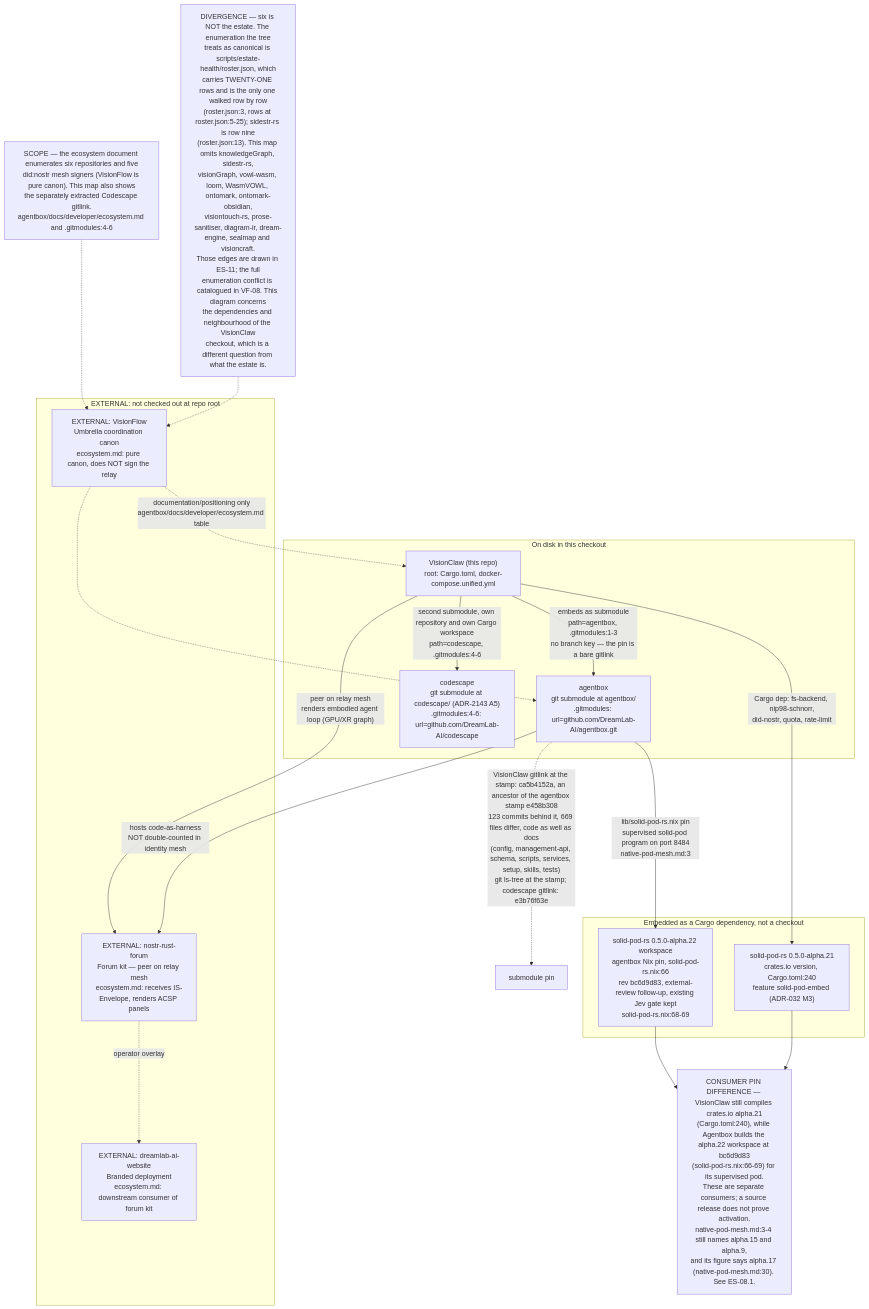
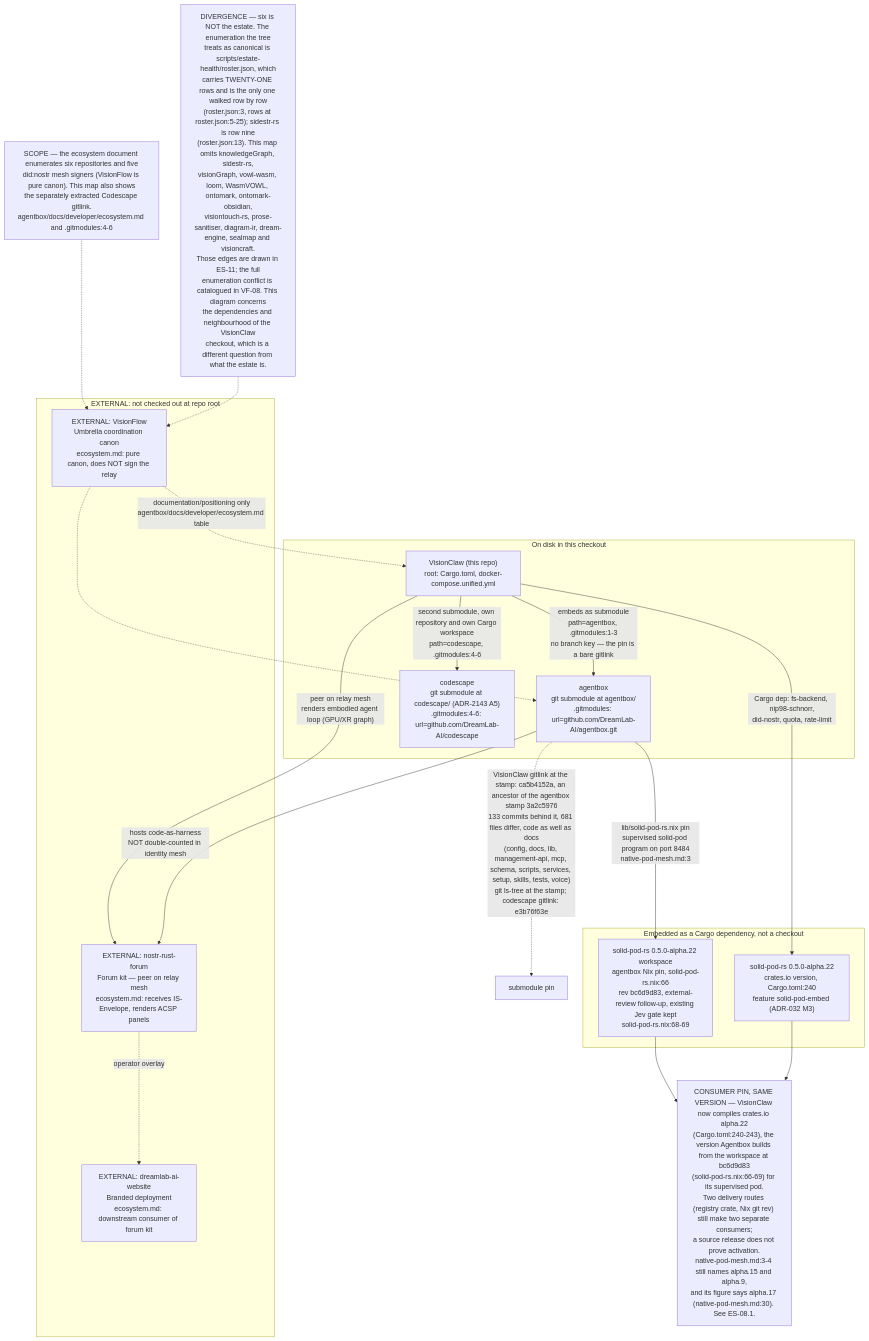
One commit to DreamLab-AI/VisionFlow changed the first of 8 diagrams in docs/diagrams/estate/01-estate-topology.md. Above: the diagram before and after it, drawn with Mermaid. The commit also changed other lines of this file and 70 other files, not shown here.

First line of the commit message:
docs(diagrams): re-verify 69 topics at current default-branch heads

````diff
--- a/docs/diagrams/estate/01-estate-topology.md
+++ b/docs/diagrams/estate/01-estate-topology.md
@@ -64,38 +64,38 @@
 ```mermaid
 flowchart TB
     subgraph ONDISK["On disk in this checkout"]
         VC["VisionClaw (this repo)<br/>root: Cargo.toml, docker-compose.unified.yml"]
         AB["agentbox<br/>git submodule at agentbox/<br/>.gitmodules: url=github.com/DreamLab-AI/agentbox.git"]
         CS["codescape<br/>git submodule at codescape/ (ADR-2143 A5)<br/>.gitmodules:4-6: url=github.com/DreamLab-AI/codescape"]
     end
     VC -->|"embeds as submodule<br/>path=agentbox, .gitmodules:1-3<br/>no branch key — the pin is a bare gitlink"| AB
     VC -->|"second submodule, own repository and own Cargo workspace<br/>path=codescape, .gitmodules:4-6"| CS
-    AB -.->|"VisionClaw gitlink at the stamp: ca5b4152a, an ancestor of the agentbox stamp e458b308<br/>123 commits behind it, 669 files differ, code as well as docs<br/>(config, management-api, schema, scripts, services, setup, skills, tests)<br/>git ls-tree at the stamp; codescape gitlink: e3b76f63e"| ABPIN["submodule pin"]
+    AB -.->|"VisionClaw gitlink at the stamp: ca5b4152a, an ancestor of the agentbox stamp 3a2c5976<br/>133 commits behind it, 681 files differ, code as well as docs<br/>(config, docs, lib, management-api, mcp, schema, scripts, services, setup, skills, tests, voice)<br/>git ls-tree at the stamp; codescape gitlink: e3b76f63e"| ABPIN["submodule pin"]
 
     subgraph CRATE["Embedded as a Cargo dependency, not a checkout"]
-        SPR["solid-pod-rs 0.5.0-alpha.21<br/>crates.io version, Cargo.toml:240<br/>feature solid-pod-embed (ADR-032 M3)"]
+        SPR["solid-pod-rs 0.5.0-alpha.22<br/>crates.io version, Cargo.toml:240<br/>feature solid-pod-embed (ADR-032 M3)"]
         SPRN["solid-pod-rs 0.5.0-alpha.22 workspace<br/>agentbox Nix pin, solid-pod-rs.nix:66<br/>rev bc6d9d83, external-review follow-up, existing Jev gate kept<br/>solid-pod-rs.nix:68-69"]
     end
     VC -->|"Cargo dep: fs-backend, nip98-schnorr,<br/>did-nostr, quota, rate-limit"| SPR
     AB -->|"lib/solid-pod-rs.nix pin<br/>supervised solid-pod program on port 8484<br/>native-pod-mesh.md:3"| SPRN
 
-    DIVSP["CONSUMER PIN DIFFERENCE — VisionClaw still compiles crates.io alpha.21<br/>(Cargo.toml:240), while Agentbox builds the alpha.22 workspace at bc6d9d83<br/>(solid-pod-rs.nix:66-69) for its supervised pod.<br/>These are separate consumers; a source release does not prove activation.<br/>native-pod-mesh.md:3-4 still names alpha.15 and alpha.9,<br/>and its figure says alpha.17 (native-pod-mesh.md:30). See ES-08.1."]
+    DIVSP["CONSUMER PIN, SAME VERSION — VisionClaw now compiles crates.io alpha.22<br/>(Cargo.toml:240-243), the version Agentbox builds from the workspace at bc6d9d83<br/>(solid-pod-rs.nix:66-69) for its supervised pod.<br/>Two delivery routes (registry crate, Nix git rev) still make two separate consumers;<br/>a source release does not prove activation.<br/>native-pod-mesh.md:3-4 still names alpha.15 and alpha.9,<br/>and its figure says alpha.17 (native-pod-mesh.md:30). See ES-08.1."]
     SPRN --> DIVSP
     SPR --> DIVSP
 
     subgraph EXTERNAL1["EXTERNAL: not checked out at repo root"]
         VF["EXTERNAL: VisionFlow<br/>Umbrella coordination canon<br/>ecosystem.md: pure canon, does NOT sign the relay"]
         NRF["EXTERNAL: nostr-rust-forum<br/>Forum kit — peer on relay mesh<br/>ecosystem.md: receives IS-Envelope, renders ACSP panels"]
         DAW["EXTERNAL: dreamlab-ai-website<br/>Branded deployment<br/>ecosystem.md: downstream consumer of forum kit"]
     end
     VC -->|"peer on relay mesh<br/>renders embodied agent loop (GPU/XR graph)"| NRF
     AB -->|"hosts code-as-harness<br/>NOT double-counted in identity mesh"| NRF
     NRF -.->|"operator overlay"| DAW
     VF -.->|"documentation/positioning only<br/>agentbox/docs/developer/ecosystem.md table"| VC
     VF -.-> AB
 
     NOTE1["SCOPE — the ecosystem document enumerates six repositories and five<br/>did:nostr mesh signers (VisionFlow is pure canon). This map also shows<br/>the separately extracted Codescape gitlink.<br/>agentbox/docs/developer/ecosystem.md and .gitmodules:4-6"]
     NOTE2["DIVERGENCE — six is NOT the estate. The enumeration the tree<br/>treats as canonical is scripts/estate-health/roster.json, which<br/>carries TWENTY-ONE rows and is the only one walked row by row<br/>(roster.json:3, rows at roster.json:5-25); sidestr-rs is row nine<br/>(roster.json:13). This map omits knowledgeGraph, sidestr-rs,<br/>visionGraph, vowl-wasm, loom, WasmVOWL, ontomark, ontomark-obsidian,<br/>visiontouch-rs, prose-sanitiser, diagram-ir, dream-engine, sealmap and visioncraft.<br/>Those edges are drawn in ES-11; the full<br/>enumeration conflict is catalogued in VF-08. This diagram concerns<br/>the dependencies and neighbourhood of the VisionClaw<br/>checkout, which is a different question from what the estate is."]
     NOTE1 -.-> VF
     NOTE2 -.-> VF
 ```
````
